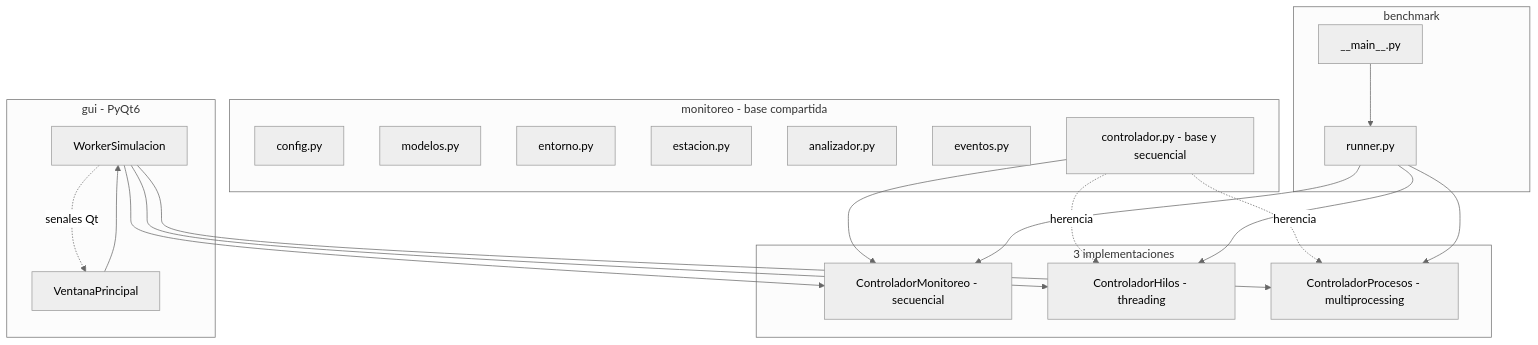
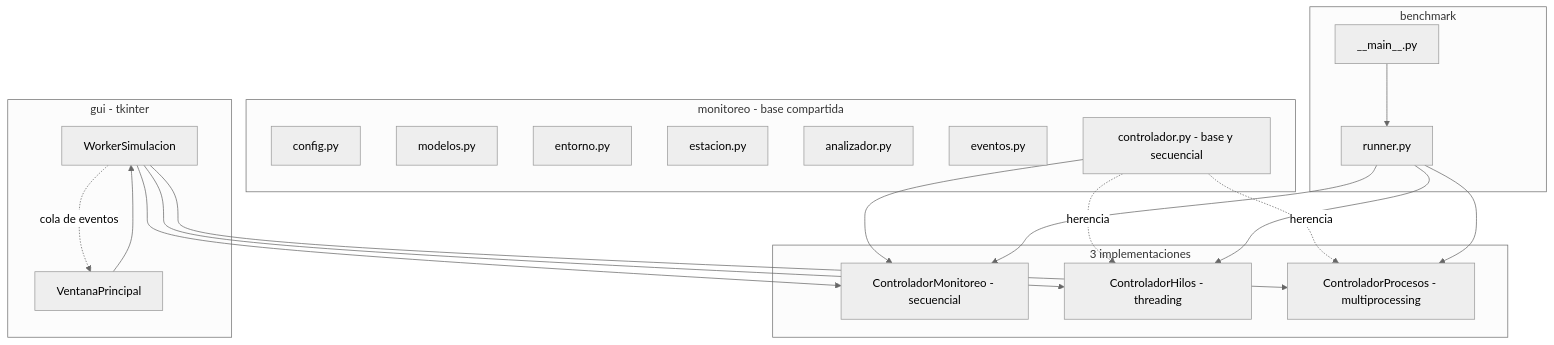
Before and after one commit to FepDev25/practica-monitoreo-ambiental: the first of 2 diagrams in README.md, drawn with Mermaid (neutral theme). The commit also changed other lines of this file and 9 other files, not shown here.

````diff
--- a/README.md
+++ b/README.md
@@ -94,43 +100,43 @@
 ```mermaid
 flowchart TD
     subgraph MONITOREO[monitoreo - base compartida]
         CONFIG[config.py]
         MODELOS[modelos.py]
         ENTORNO[entorno.py]
         ESTACION[estacion.py]
         ANALIZADOR[analizador.py]
         EVENTOS[eventos.py]
         BASE_CTRL[controlador.py - base y secuencial]
     end
 
     subgraph VERSIONES[3 implementaciones]
         SEQ[ControladorMonitoreo - secuencial]
         HILOS[ControladorHilos - threading]
         PROCESOS[ControladorProcesos - multiprocessing]
     end
 
     BASE_CTRL --> SEQ
     BASE_CTRL -. "herencia" .-> HILOS
     BASE_CTRL -. "herencia" .-> PROCESOS
 
     subgraph BENCH[benchmark]
         RUNNER[runner.py]
         CLI[__main__.py]
     end
 
     CLI --> RUNNER
     RUNNER --> SEQ
     RUNNER --> HILOS
     RUNNER --> PROCESOS
 
-    subgraph GUI[gui - PyQt6]
+    subgraph GUI[gui - tkinter]
         WORKER[WorkerSimulacion]
         VENTANA[VentanaPrincipal]
     end
 
     VENTANA --> WORKER
     WORKER --> SEQ
     WORKER --> HILOS
     WORKER --> PROCESOS
-    WORKER -. "senales Qt" .-> VENTANA
+    WORKER -. "cola de eventos" .-> VENTANA
 ```
````
